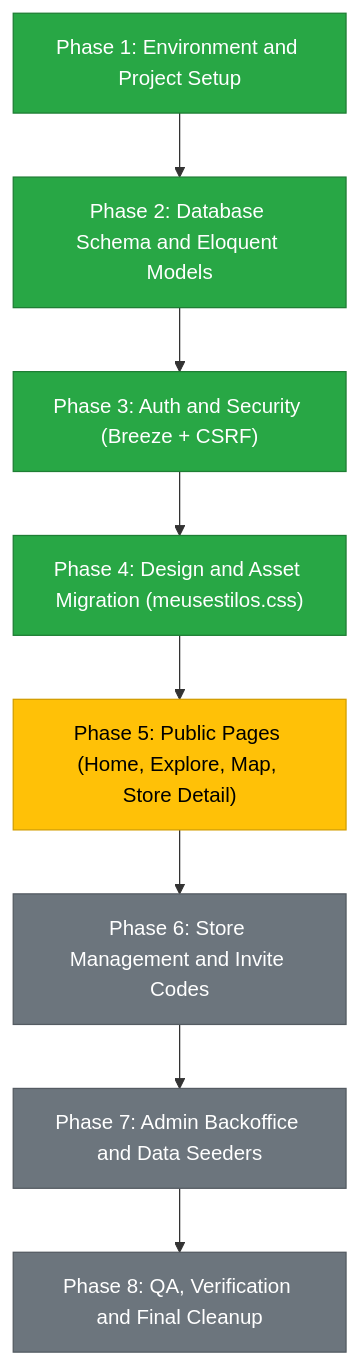
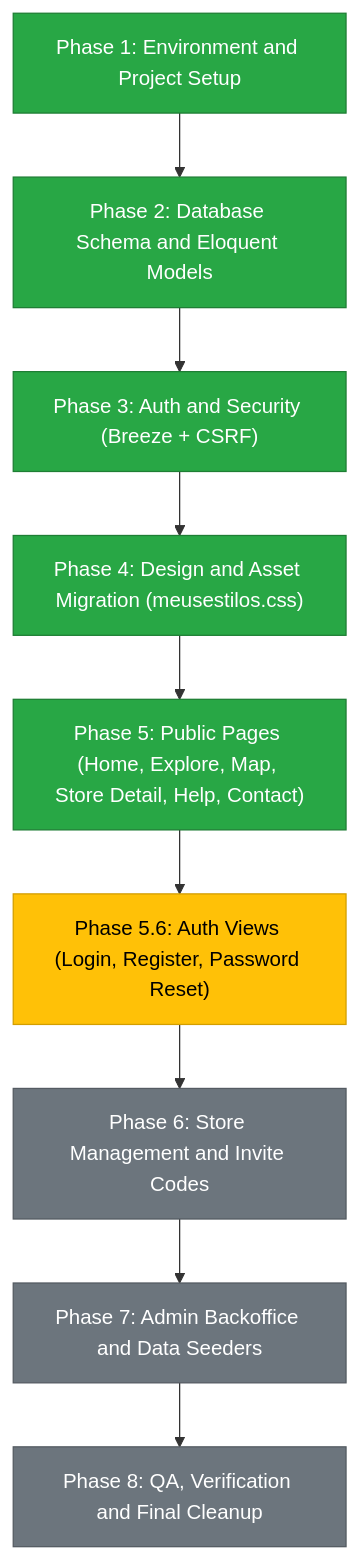
The diagram in MIGRATION.md (tiagopina17/C.A.M.), drawn with Mermaid before and after one commit. The commit also changed other lines of this file and 8 other files, not shown here.

Commit message:
feat: port faq and contact pages into market design system with tests

````diff
--- a/MIGRATION.md
+++ b/MIGRATION.md
@@ -34,14 +34,15 @@
 ```mermaid
 flowchart TD
     D1["Phase 1: Environment and Project Setup"]:::done --> D2["Phase 2: Database Schema and Eloquent Models"]:::done
     D2 --> D3["Phase 3: Auth and Security (Breeze + CSRF)"]:::done
     D3 --> D4["Phase 4: Design and Asset Migration (meusestilos.css)"]:::done
-    D4 --> D5["Phase 5: Public Pages (Home, Explore, Map, Store Detail)"]:::active
-    D5 --> D6["Phase 6: Store Management and Invite Codes"]:::pending
+    D4 --> D5["Phase 5: Public Pages (Home, Explore, Map, Store Detail, Help, Contact)"]:::done
+    D5 --> D56["Phase 5.6: Auth Views (Login, Register, Password Reset)"]:::active
+    D56 --> D6["Phase 6: Store Management and Invite Codes"]:::pending
     D6 --> D7["Phase 7: Admin Backoffice and Data Seeders"]:::pending
     D7 --> D8["Phase 8: QA, Verification and Final Cleanup"]:::pending
 
     classDef done fill:#28a745,stroke:#1e7e34,color:white;
     classDef active fill:#ffc107,stroke:#d39e00,color:black;
     classDef pending fill:#6c757d,stroke:#545b62,color:white;
 ```
````
